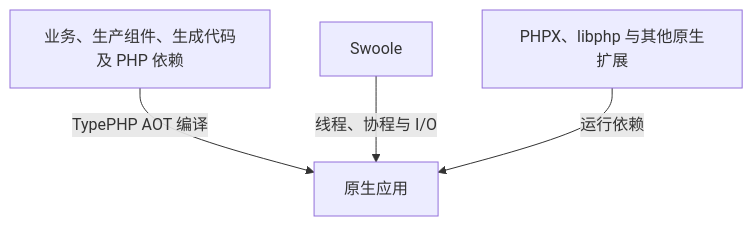
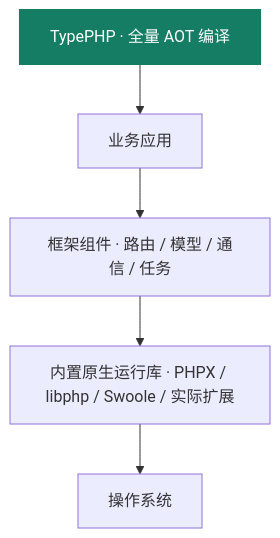
Before and after one commit to zoujingli/typeapp: the diagram in docs/README.md, drawn with Mermaid. The commit also changed other lines of this file and 47 other files, not shown here.

First line of the commit message:
docs: 突出 TypePHP 编译并统一应用架构与交付说明

````diff
--- a/docs/README.md
+++ b/docs/README.md
@@ -79,6 +77,8 @@
 ```mermaid
 flowchart TB
-  Source["业务、生产组件、生成代码及 PHP 依赖"] -->|TypePHP AOT 编译| App["原生应用"]
-  Swoole["Swoole"] -->|线程、协程与 I/O| App
-  Runtime["PHPX、libphp 与其他原生扩展"] -->|运行依赖| App
+  Compiler["TypePHP · 全量 AOT 编译"] --> Business["业务应用"]
+  Business --> Components["框架组件 · 路由 / 模型 / 通信 / 任务"]
+  Components --> Libraries["内置原生运行库 · PHPX / libphp / Swoole / 实际扩展"]
+  Libraries --> OS["操作系统"]
+  style Compiler fill:#147d64,color:#ffffff,stroke:#147d64,stroke-width:2px
 ```
````
